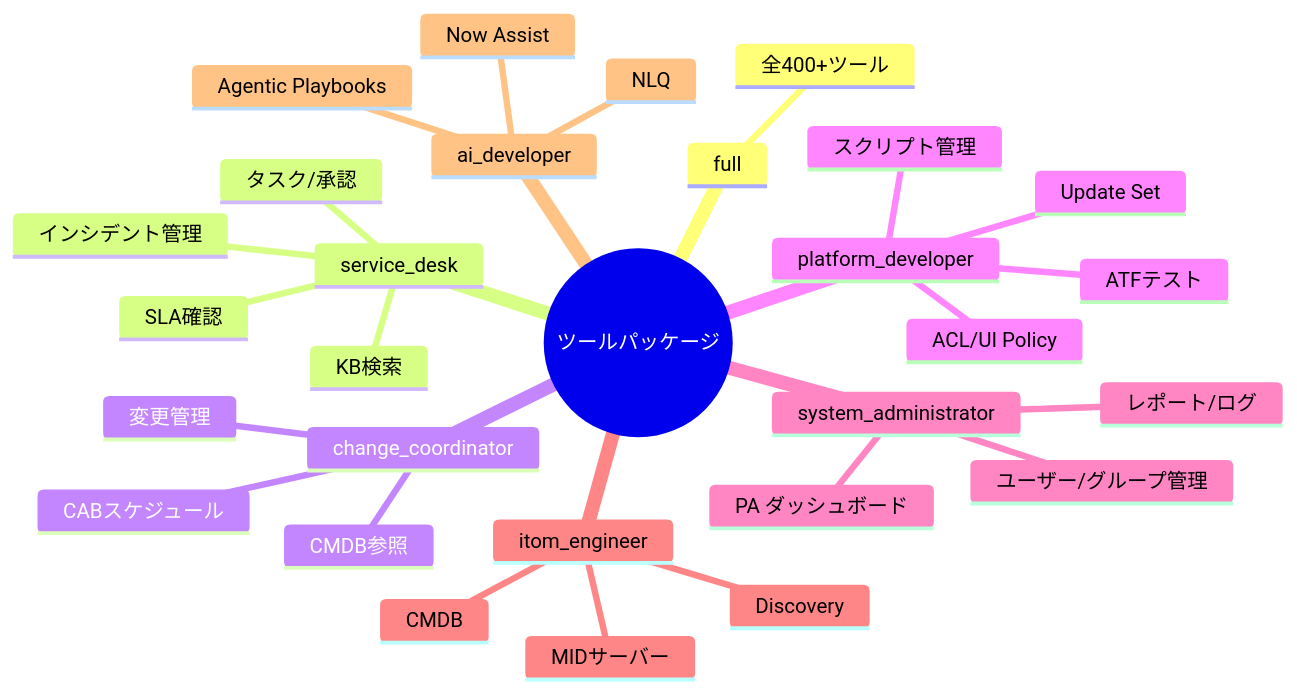
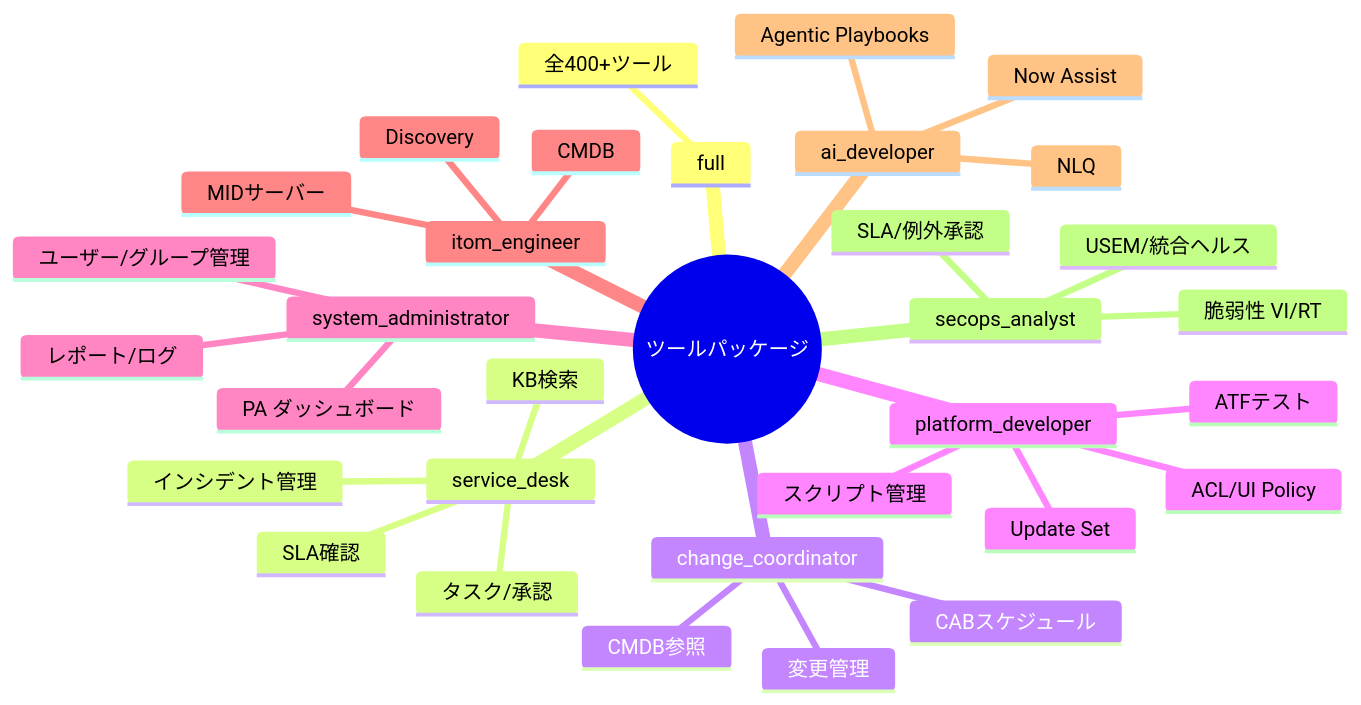
One commit to tedorigawa001/ServiceNow-MCP changed the seventh of 10 diagrams in README.md. Above: the diagram before and after it, drawn with Mermaid. The commit also changed other lines of this file, not shown here.

First line of the commit message:
docs(readme): USEM/VR ツール群の追加を反映

````diff
--- a/README.md
+++ b/README.md
@@ -489,32 +489,36 @@
 ```mermaid
 mindmap
   root((ツールパッケージ))
     full
       全400+ツール
     service_desk
       インシデント管理
       タスク/承認
       KB検索
       SLA確認
     change_coordinator
       変更管理
       CABスケジュール
       CMDB参照
     platform_developer
       スクリプト管理
       ACL/UI Policy
       ATFテスト
       Update Set
     system_administrator
       ユーザー/グループ管理
       レポート/ログ
       PA ダッシュボード
     itom_engineer
       CMDB
       Discovery
       MIDサーバー
     ai_developer
       Now Assist
       NLQ
       Agentic Playbooks
+    secops_analyst
+      脆弱性 VI/RT
+      USEM/統合ヘルス
+      SLA/例外承認
 ```
````
